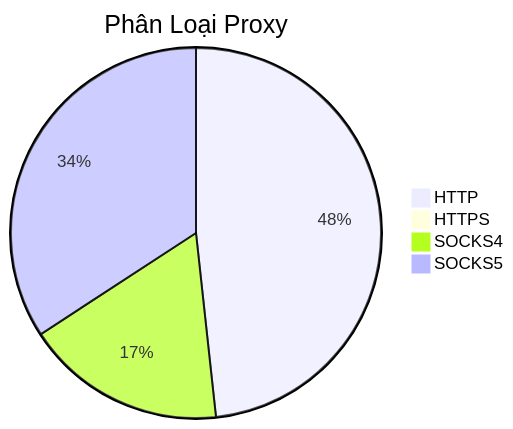
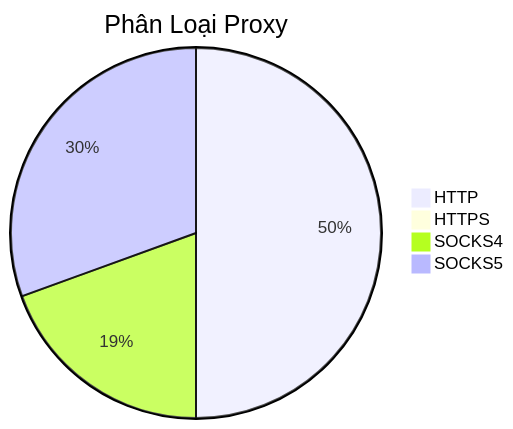
The diagram in README.md (Ciara-Aa/PROXY-free), drawn with Mermaid before and after one commit. The commit also changed other lines of this file and 4 other files, not shown here.

````diff
--- a/README.md
+++ b/README.md
@@ -26,7 +26,7 @@
 ```mermaid
 pie title Phân Loại Proxy
-    "HTTP" : 336
+    "HTTP" : 329
     "HTTPS" : 5
-    "SOCKS4" : 122
-    "SOCKS5" : 238
+    "SOCKS4" : 128
+    "SOCKS5" : 201
 ```
````
